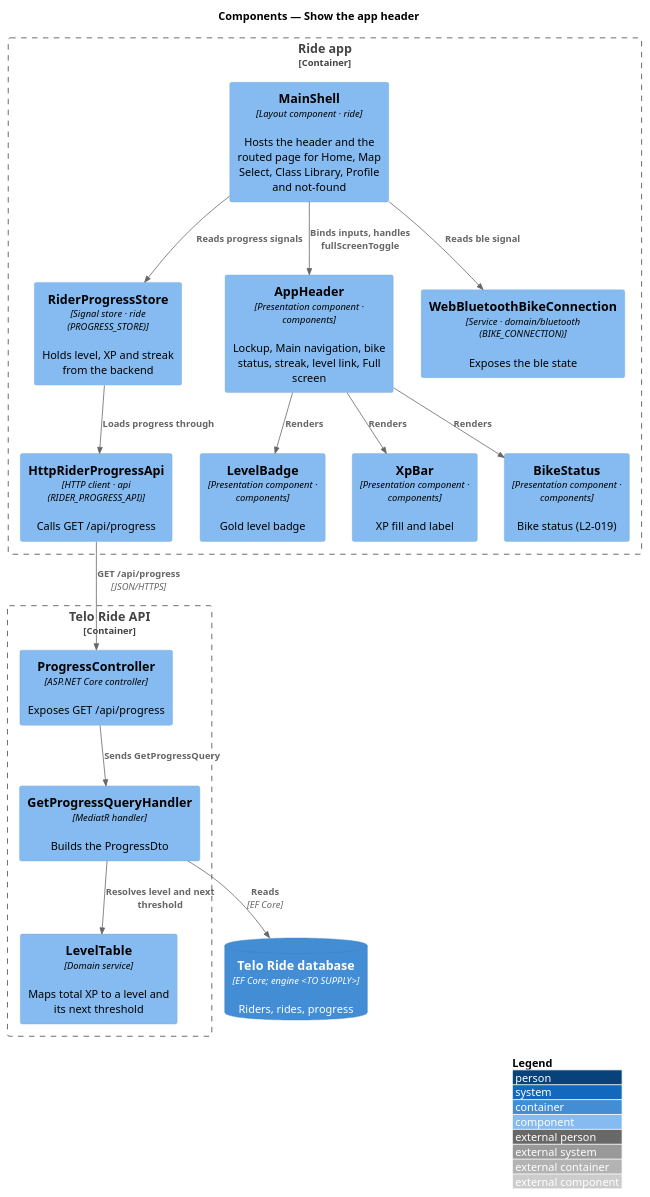
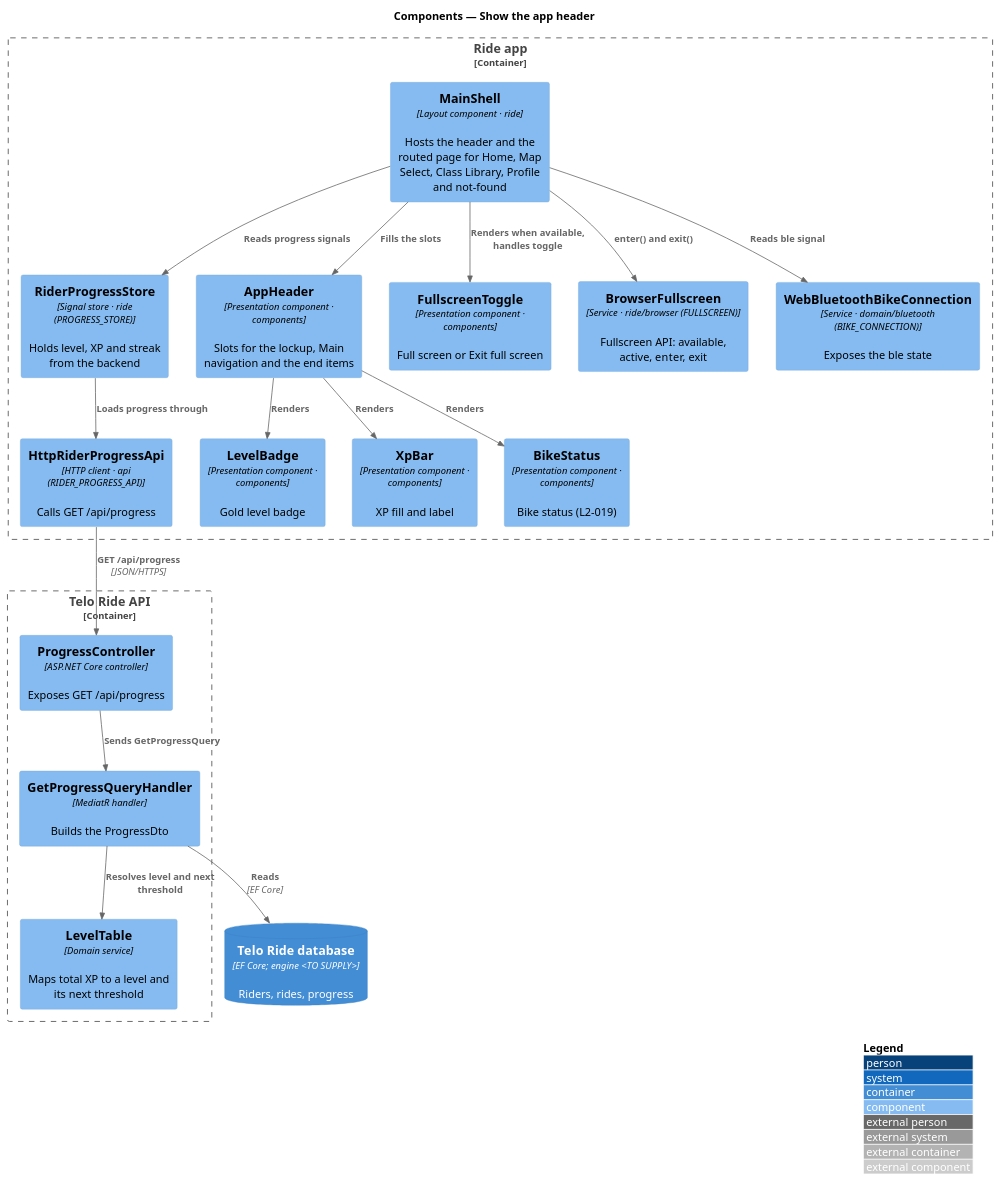
Before and after one commit to QuinntyneBrown/ride-one: the diagram in docs/detailed-designs/home/show-the-app-header/diagrams/c4-component.puml, drawn with PlantUML. The commit also changed 5 other files, not shown here.

First line of the commit message:
Bring Full screen into the app header's design (slice 13.1)

```diff
--- a/docs/detailed-designs/home/show-the-app-header/diagrams/c4-component.puml
+++ b/docs/detailed-designs/home/show-the-app-header/diagrams/c4-component.puml
@@ -1,34 +1,38 @@
 @startuml
 !include <C4/C4_Component>
 LAYOUT_WITH_LEGEND()
 title Components — Show the app header
 
 Container_Boundary(app, "Ride app") {
   Component(shell, "MainShell", "Layout component · ride", "Hosts the header and the routed page for Home, Map Select, Class Library, Profile and not-found")
   Component(store, "RiderProgressStore", "Signal store · ride (PROGRESS_STORE)", "Holds level, XP and streak from the backend")
-  Component(apphdr, "AppHeader", "Presentation component · components", "Lockup, Main navigation, bike status, streak, level link, Full screen")
+  Component(apphdr, "AppHeader", "Presentation component · components", "Slots for the lockup, Main navigation and the end items")
+  Component(toggle, "FullscreenToggle", "Presentation component · components", "Full screen or Exit full screen")
+  Component(fs, "BrowserFullscreen", "Service · ride/browser (FULLSCREEN)", "Fullscreen API: available, active, enter, exit")
   Component(badge, "LevelBadge", "Presentation component · components", "Gold level badge")
   Component(xpbar, "XpBar", "Presentation component · components", "XP fill and label")
   Component(bikestatus, "BikeStatus", "Presentation component · components", "Bike status (L2-019)")
   Component(conn, "WebBluetoothBikeConnection", "Service · domain/bluetooth (BIKE_CONNECTION)", "Exposes the ble state")
   Component(client, "HttpRiderProgressApi", "HTTP client · api (RIDER_PROGRESS_API)", "Calls GET /api/progress")
 }
 Container_Boundary(api, "Telo Ride API") {
   Component(ctrl, "ProgressController", "ASP.NET Core controller", "Exposes GET /api/progress")
   Component(handler, "GetProgressQueryHandler", "MediatR handler", "Builds the ProgressDto")
   Component(levels, "LevelTable", "Domain service", "Maps total XP to a level and its next threshold")
 }
 ContainerDb(db, "Telo Ride database", "EF Core; engine <TO SUPPLY>", "Riders, rides, progress")
 
 Rel(shell, store, "Reads progress signals")
 Rel(shell, conn, "Reads ble signal")
-Rel(shell, apphdr, "Binds inputs, handles fullScreenToggle")
+Rel(shell, apphdr, "Fills the slots")
+Rel(shell, toggle, "Renders when available, handles toggle")
+Rel(shell, fs, "enter() and exit()")
 Rel(apphdr, badge, "Renders")
 Rel(apphdr, xpbar, "Renders")
 Rel(apphdr, bikestatus, "Renders")
 Rel(store, client, "Loads progress through")
 Rel(client, ctrl, "GET /api/progress", "JSON/HTTPS")
 Rel(ctrl, handler, "Sends GetProgressQuery")
 Rel(handler, levels, "Resolves level and next threshold")
 Rel(handler, db, "Reads", "EF Core")
 @enduml
```
